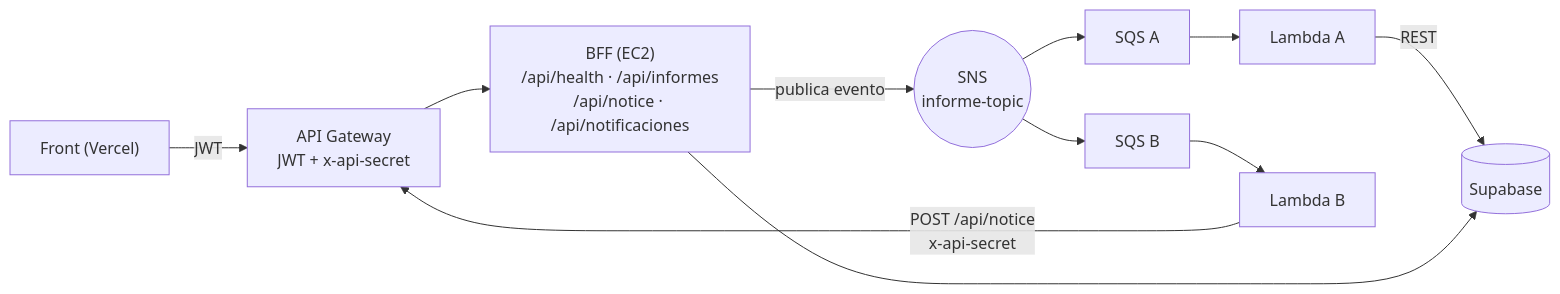
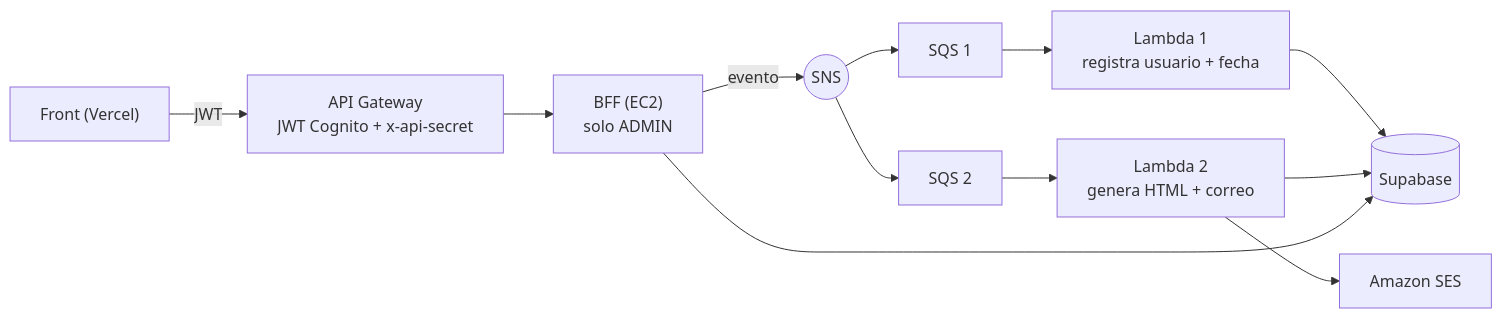
One commit to NaisuG/ms-goldenoddjobs-bff changed the diagram in README.md. Above: the diagram before and after it, drawn with Mermaid. The commit also changed other lines of this file and 28 other files, not shown here.

Commit message:
f:"BFF: solo ADMIN, Lambda 1 registro, Lambda 2 informe HTML por correo"

````diff
--- a/README.md
+++ b/README.md
@@ -21,13 +19,14 @@
 ```mermaid
 flowchart LR
-    F["Front (Vercel)"] -- "JWT" --> G["API Gateway<br/>JWT + x-api-secret"]
-    G --> B["BFF (EC2)<br/>/api/health · /api/informes<br/>/api/notice · /api/notificaciones"]
-    B -- "publica evento" --> S(("SNS<br/>informe-topic"))
-    S --> QA["SQS A"]
-    S --> QB["SQS B"]
-    QA --> LA["Lambda A"]
-    QB --> LB["Lambda B"]
-    LA -- "REST" --> DB[("Supabase")]
+    F["Front (Vercel)"] -- "JWT" --> G["API Gateway<br/>JWT Cognito + x-api-secret"]
+    G --> B["BFF (EC2)<br/>solo ADMIN"]
+    B -- "evento" --> S(("SNS"))
+    S --> Q1["SQS 1"]
+    S --> Q2["SQS 2"]
+    Q1 --> L1["Lambda 1<br/>registra usuario + fecha"]
+    Q2 --> L2["Lambda 2<br/>genera HTML + correo"]
+    L1 --> DB[("Supabase")]
+    L2 --> DB
+    L2 --> M["Amazon SES"]
     B --> DB
-    LB -- "POST /api/notice<br/>x-api-secret" --> G
 ```
````
